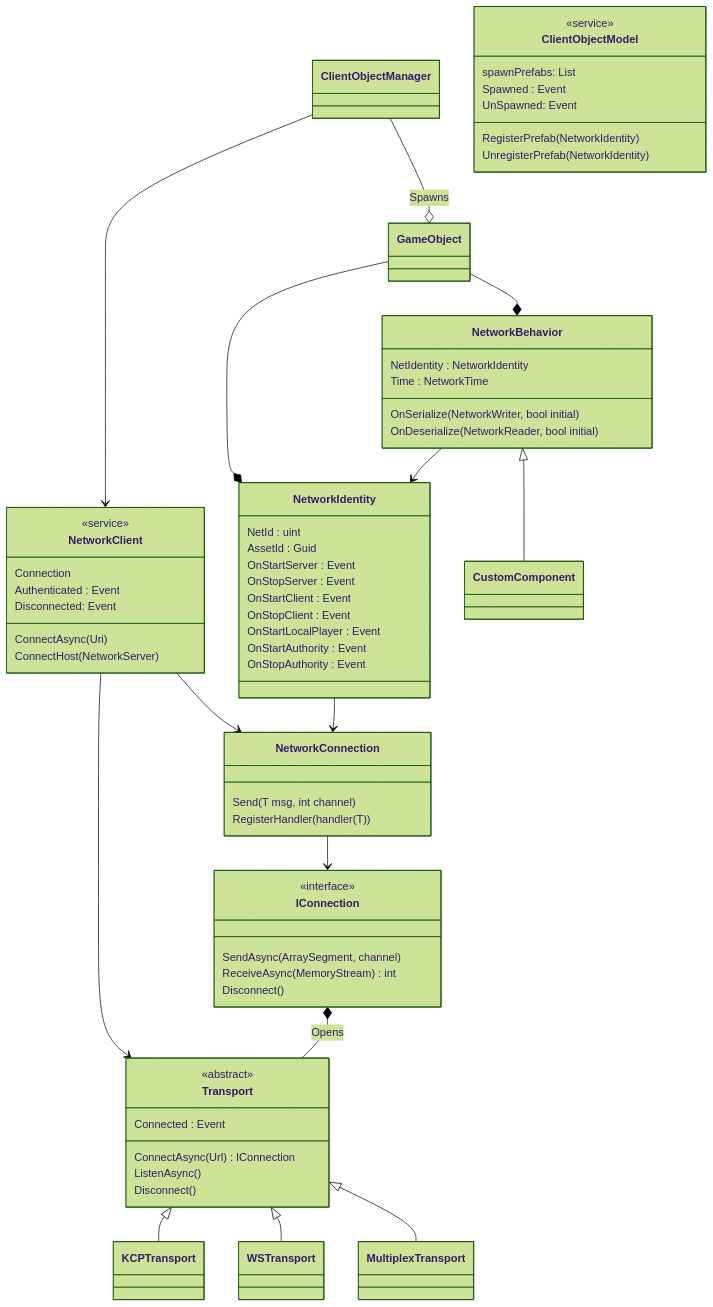
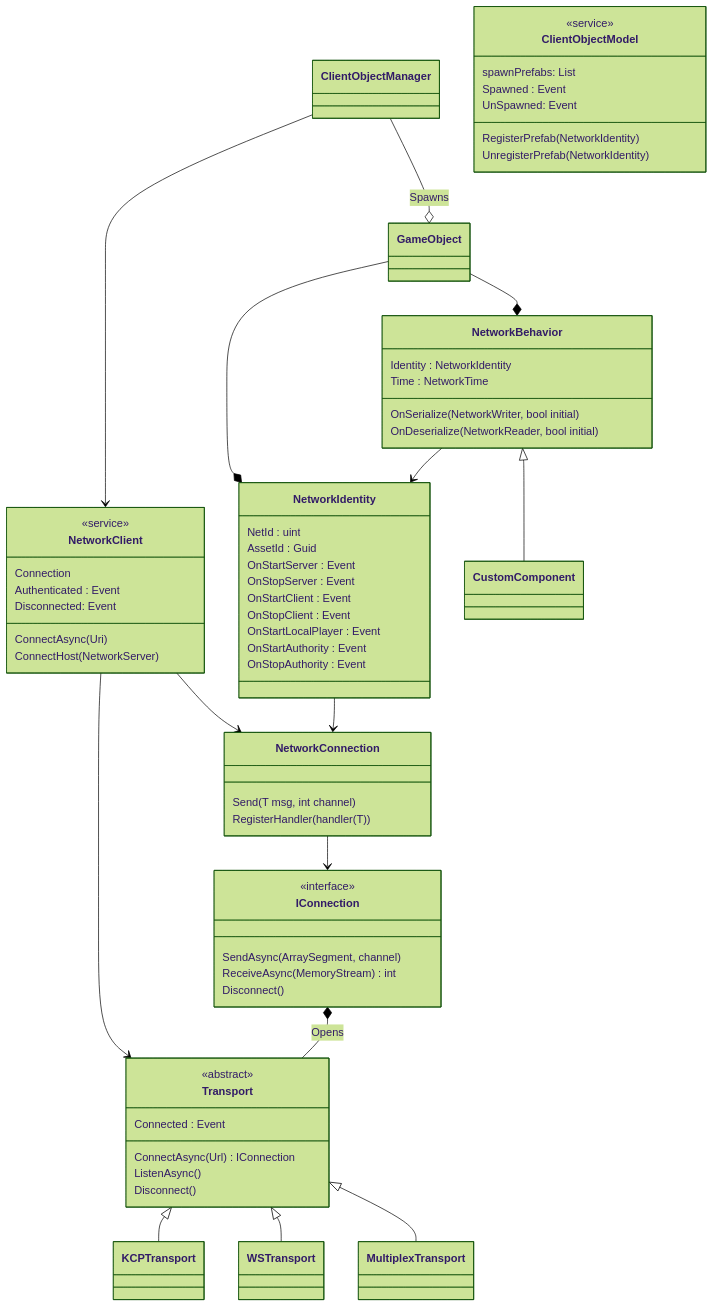
The diagram in doc/classdiagram.mermaid (MirageNet/Mirage), drawn with Mermaid (forest theme) before and after one commit. The commit also changed 14 other files, not shown here.

```diff
--- a/doc/classdiagram.mermaid
+++ b/doc/classdiagram.mermaid
@@ -1,79 +1,79 @@
 classDiagram
 
     ClientObjectManager --> NetworkClient
     NetworkClient --> Transport
 
     IConnection *-- Transport : Opens
     NetworkConnection --> IConnection
     NetworkClient --> NetworkConnection
 
     ClientObjectManager --o GameObject : Spawns
     GameObject --* NetworkIdentity
     NetworkIdentity --> NetworkConnection
     GameObject --* NetworkBehavior
     NetworkBehavior --> NetworkIdentity
 
     Transport <|-- KCPTransport
     Transport <|-- WSTransport
     Transport <|-- MultiplexTransport
 
 
     class Transport {
         <<abstract>>
         <<service>>
         Connected : Event<IConnection>
         ConnectAsync(Url) IConnection
         ListenAsync()
         Disconnect()
     }
 
     class IConnection {
         <<interface>>
         SendAsync(ArraySegment<byte>, channel)
         ReceiveAsync(MemoryStream) int
         Disconnect()
     }
 
     class NetworkConnection {
         Send(T msg, int channel)
         RegisterHandler(handler(T))
     }
 
     class NetworkClient {
         <<service>>
         Connection
         Authenticated : Event<INetworkConnection>
         Disconnected: Event<INetworkConnection>
         ConnectAsync(Uri)
         ConnectHost(NetworkServer)
     }
 
     class NetworkIdentity {
         NetId : uint
         AssetId : Guid
         OnStartServer : Event
         OnStopServer : Event
         OnStartClient : Event
         OnStopClient : Event
         OnStartLocalPlayer : Event
         OnStartAuthority : Event
         OnStopAuthority : Event
     }
 
     class NetworkBehavior {
-        NetIdentity : NetworkIdentity
+        Identity : NetworkIdentity
         Time : NetworkTime
         OnSerialize(NetworkWriter, bool initial)
         OnDeserialize(NetworkReader, bool initial)
     }
 
     NetworkBehavior <|-- CustomComponent
 
     class ClientObjectModel {
         <<service>>
         spawnPrefabs: List<NetworkIdentity>
         Spawned : Event
         UnSpawned: Event
         RegisterPrefab(NetworkIdentity)
         UnregisterPrefab(NetworkIdentity)
     }
```
